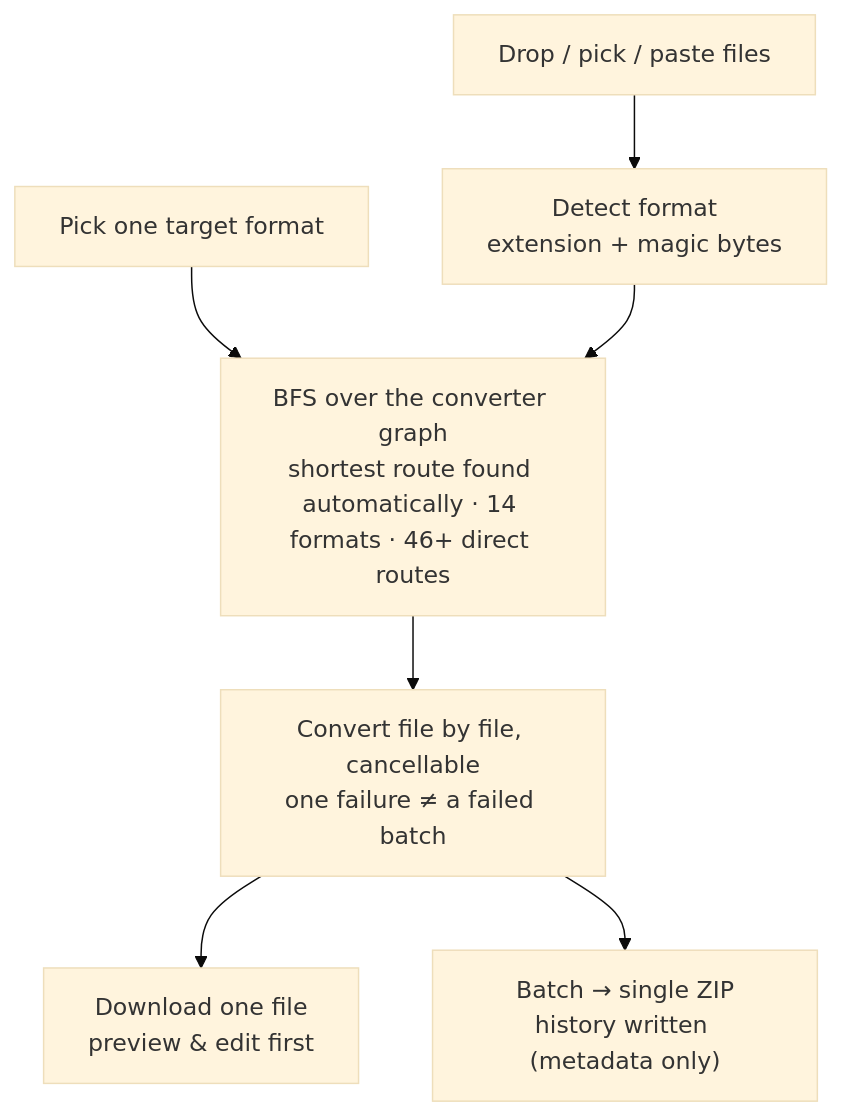
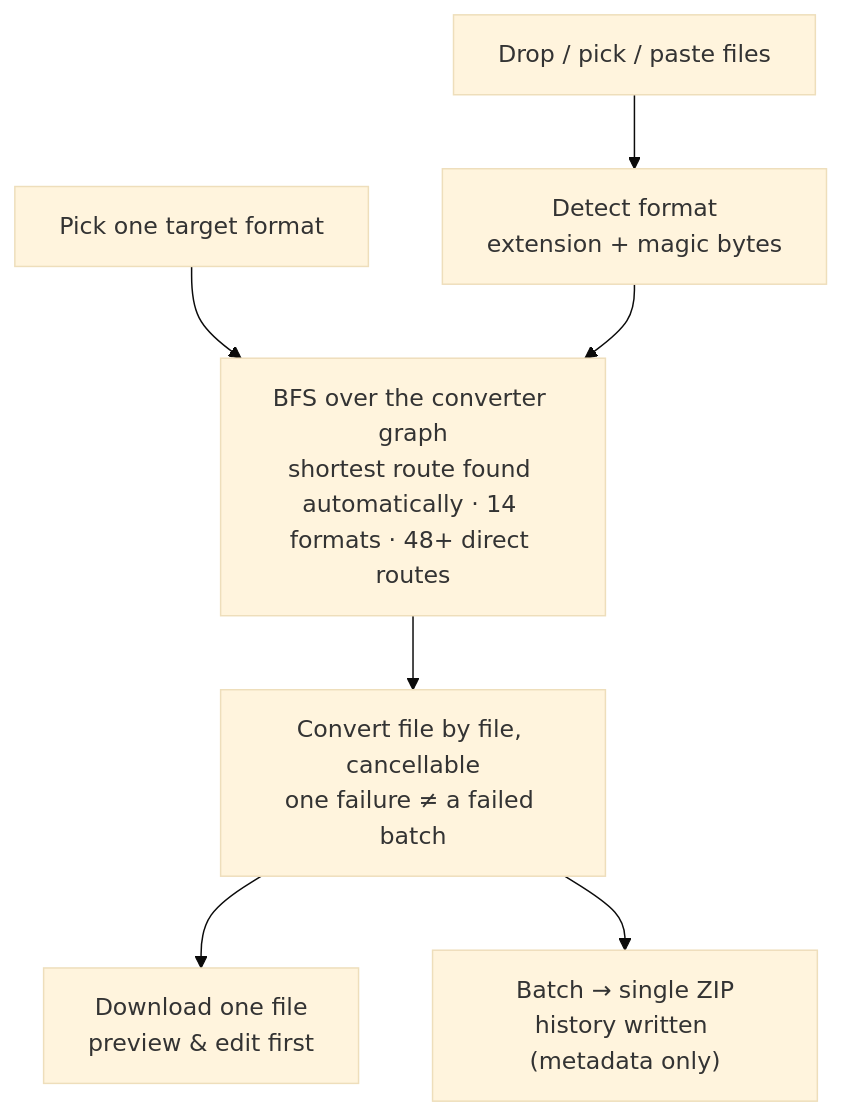
Before and after one commit to liaolongdong/transfer-any-file: the diagram in README.en.md, drawn with Mermaid (base theme). The commit also changed other lines of this file and 38 other files, not shown here.

````diff
--- a/README.en.md
+++ b/README.en.md
@@ -94,9 +94,9 @@
 ```mermaid
 flowchart TD
   A["Drop / pick / paste files"] --> C["Detect format<br/>extension + magic bytes"]
-  B["Pick one target format"] --> D["BFS over the converter graph<br/>shortest route found automatically · 14 formats · 46+ direct routes"]
+  B["Pick one target format"] --> D["BFS over the converter graph<br/>shortest route found automatically · 14 formats · 48+ direct routes"]
   C --> D
   D --> E["Convert file by file, cancellable<br/>one failure ≠ a failed batch"]
   E --> F["Download one file<br/>preview & edit first"]
   E --> G["Batch → single ZIP<br/>history written (metadata only)"]
 ```
````
